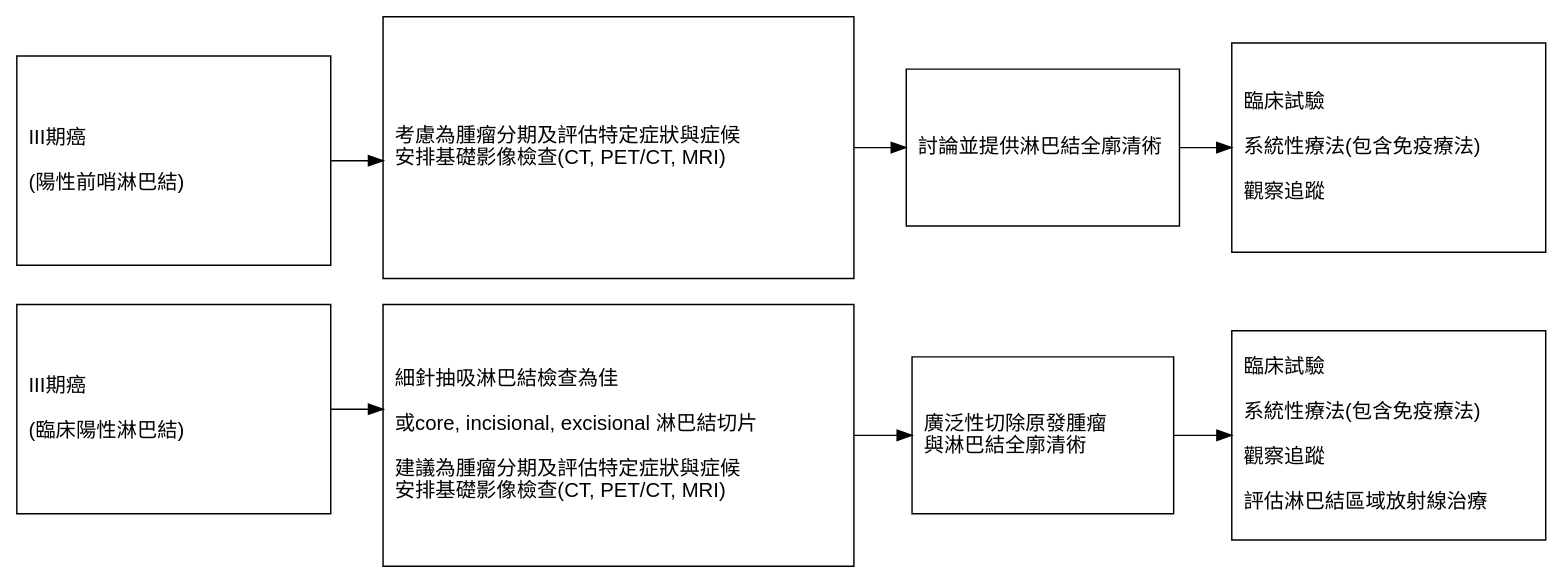
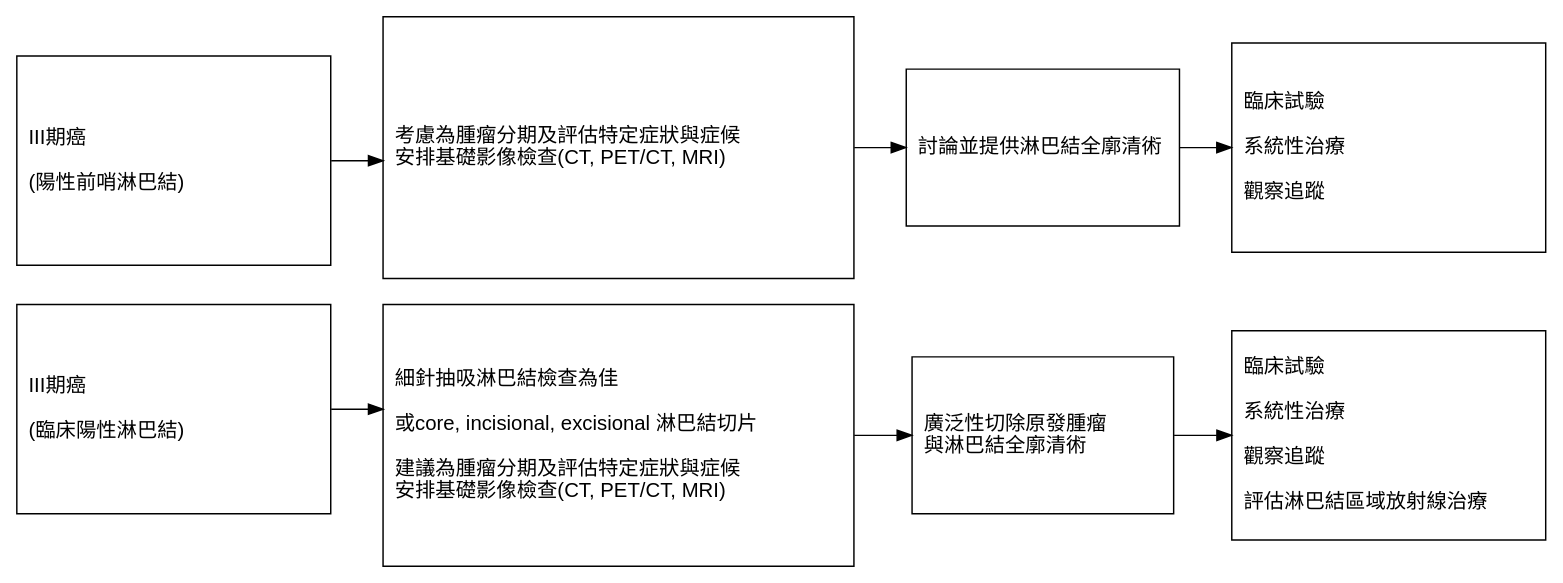
One commit to gnayyc/SkinCancerGuidelineDiagram changed the diagram in melanoma.3.gv. Above: the diagram before and after it, drawn with Graphviz. The commit also changed 1 other file, not shown here.

```diff
--- a/melanoma.3.gv
+++ b/melanoma.3.gv
@@ -1,51 +1,51 @@
 digraph {
   graph [rankdir = LR; splines=ortho; overlap=false]
   node [shape = box, fontname = Helvetica]
 
 #  T1 [label = "CLINICAL/\lPATHOLOGICAL STAGE\l"; width=2.5; shape=plaintext]
 #  T2 [label = "WORKUP"; shape=plaintext]
 #  T3 [label = "PRIMARY TREATMENT"; shape=plaintext]
 #  T4 [label = "ADJUVANT TREATMENT"; shape=plaintext]
 
   S3a [label ="III期癌\l
 (陽性前哨淋巴結)\l"; width=3; height=2]
   S3b [label ="III期癌\l
 (臨床陽性淋巴結)\l"; width=3; height=2]
-  
+
   W1 [label = "考慮為腫瘤分期及評估特定症狀與症候\l安排基礎影像檢查(CT, PET/CT, MRI)\l"; height=2.5; width=4.5]
   W2 [label = "細針抽吸淋巴結檢查為佳\l
 或core, incisional, excisional 淋巴結切片\l
 建議為腫瘤分期及評估特定症狀與症候\l安排基礎影像檢查(CT, PET/CT, MRI)\l"; height=2.5; width=4.5]
 #  W3 [label = "Discuss and consider sentinel node biopsy"]
 
   Tx1 [label = "討論並提供淋巴結全廓清術\l"; height=1.5; width=2.5]
   Tx2 [label = "廣泛性切除原發腫瘤\l與淋巴結全廓清術\l"; height=1.5; width=2.5]
 #  Tx3 [label = "臨床試驗\n/觀察\n"; height=3; width=2]
-  
+
 #  N0 [label = "陰性前哨淋巴結"; height=1.2]
 #  N1 [label = "陽性前哨淋巴結"; height=1.2]
   FU1 [label = "臨床試驗\l
-系統性療法(包含免疫療法)\l
+系統性治療\l
 觀察追蹤\l"; width=3; height=2]
   FU2 [label = "臨床試驗\l
-系統性療法(包含免疫療法)\l
+系統性治療\l
 觀察追蹤\l
 評估淋巴結區域放射線治療\l"; width=3; height=2]
 
 #  T1->T2->T3->T4 [style=invis]
 #  T1->
   S3a->S3b [style=invis]
   S3a->W1->Tx1->FU1
   S3b->W2->Tx2->FU2
 
 
 
   {rank = same; S3a; S3b}
   {rank = same; W2}
   {rank = same; Tx1; Tx2}
   {rank = same; FU1; FU2}
 #  {rank = same; N0; N1}
-  
-  
+
+
 
 }
```
